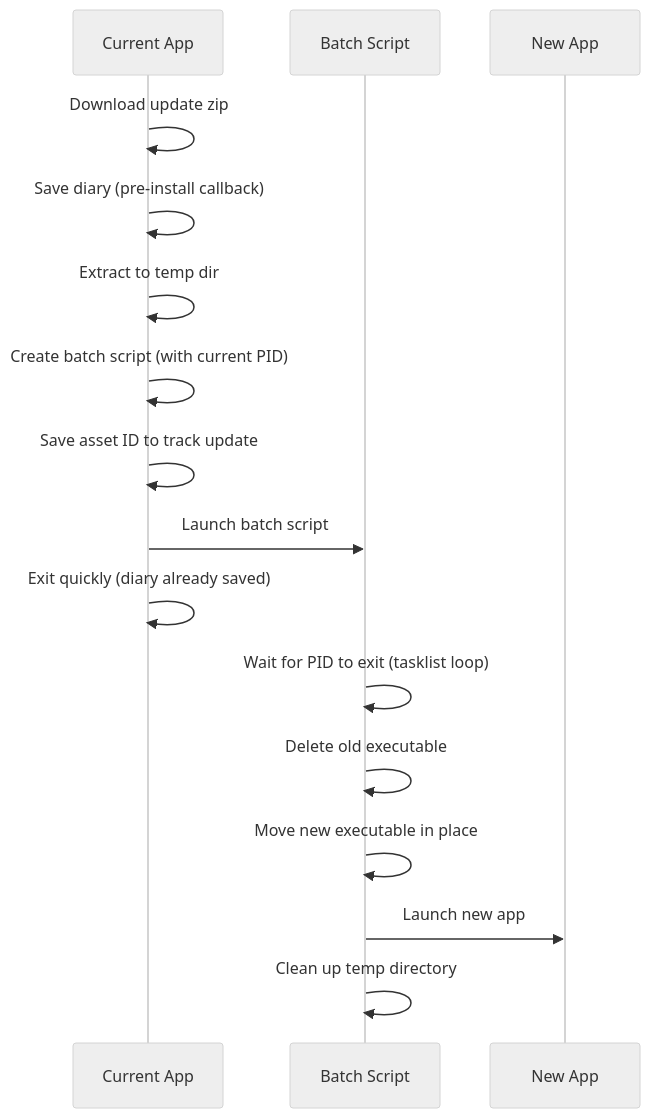
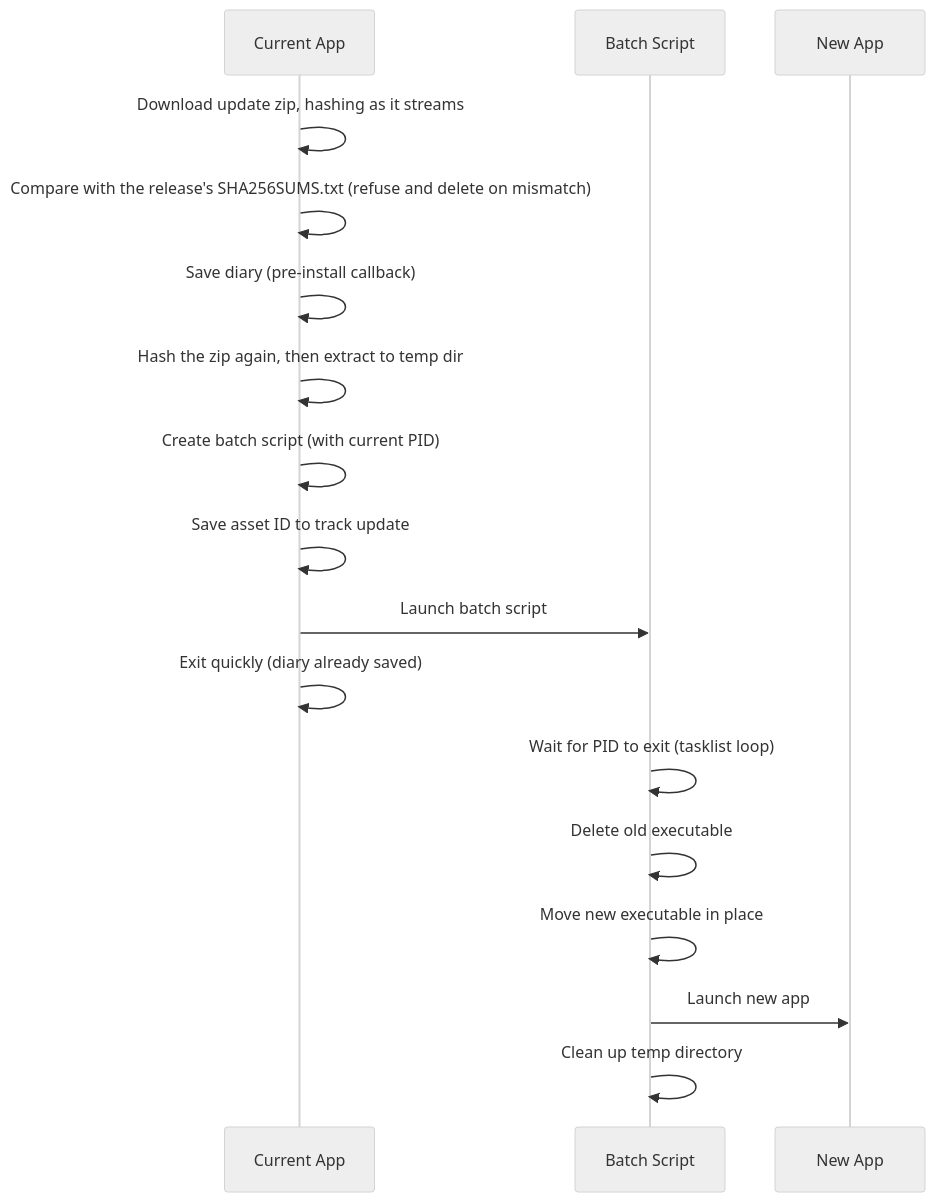
The second of 2 diagrams in src/desktop_app/desktop_app.spec.md (Hocsman/jarvis), drawn with Mermaid (neutral theme) before and after one commit. The commit also changed other lines of this file and 8 other files, not shown here.

````diff
--- a/src/desktop_app/desktop_app.spec.md
+++ b/src/desktop_app/desktop_app.spec.md
@@ -237,19 +258,20 @@
 ```mermaid
 sequenceDiagram
     participant App as Current App
     participant Batch as Batch Script
     participant New as New App
 
-    App->>App: Download update zip
+    App->>App: Download update zip, hashing as it streams
+    App->>App: Compare with the release's SHA256SUMS.txt (refuse and delete on mismatch)
     App->>App: Save diary (pre-install callback)
-    App->>App: Extract to temp dir
+    App->>App: Hash the zip again, then extract to temp dir
     App->>App: Create batch script (with current PID)
     App->>App: Save asset ID to track update
     App->>Batch: Launch batch script
     App->>App: Exit quickly (diary already saved)
     Batch->>Batch: Wait for PID to exit (tasklist loop)
     Batch->>Batch: Delete old executable
     Batch->>Batch: Move new executable in place
     Batch->>New: Launch new app
     Batch->>Batch: Clean up temp directory
 ```
````
